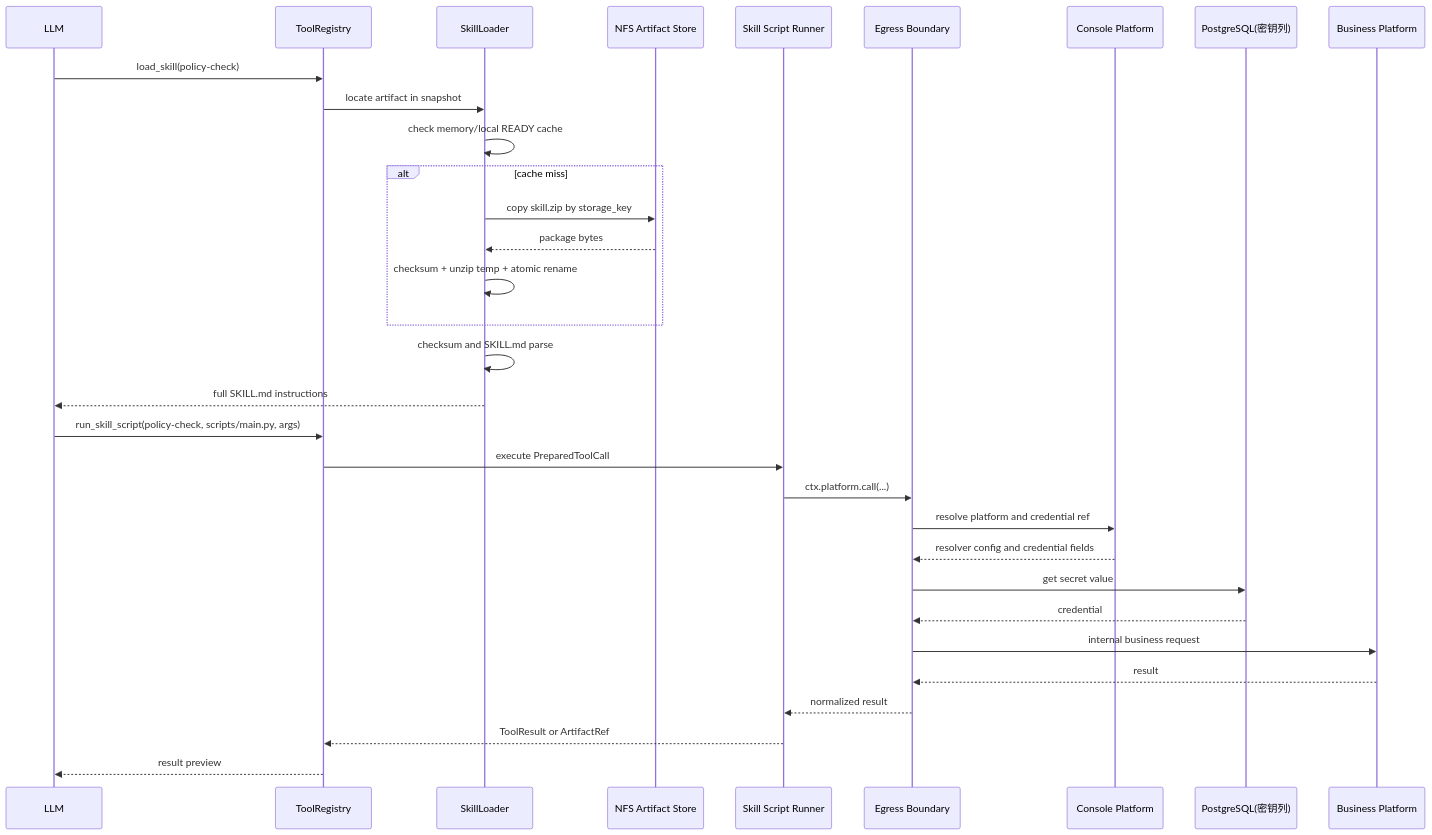
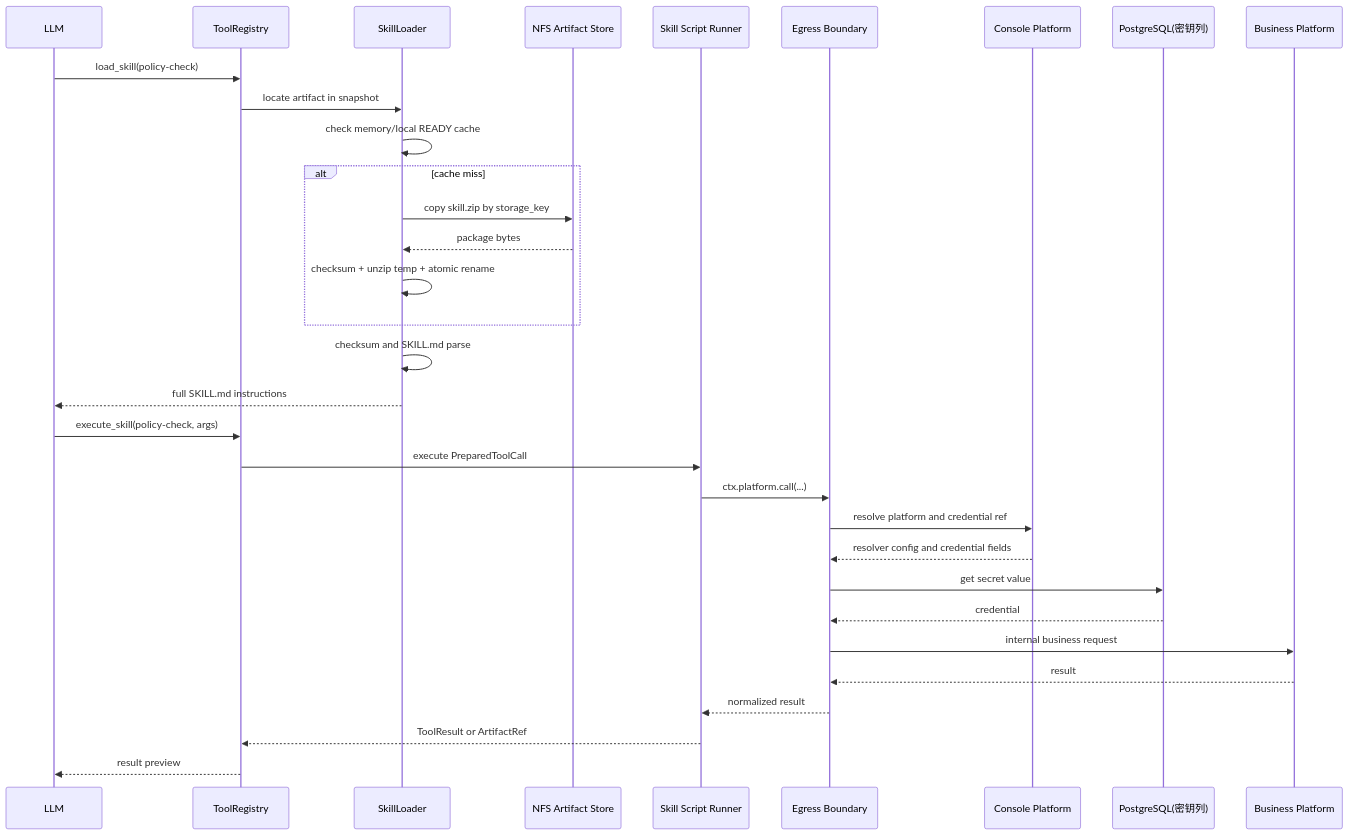
Before and after one commit to Michaelxwb/fluxion-harness: the fourth of 22 diagrams in docs/08-关键流程时序与状态机详细设计.md, drawn with Mermaid. The commit also changed 135 other files, not shown here.

````diff
--- a/docs/08-关键流程时序与状态机详细设计.md
+++ b/docs/08-关键流程时序与状态机详细设计.md
@@ -102,36 +102,36 @@
 ```mermaid
 sequenceDiagram
     participant L as LLM
     participant TR as ToolRegistry
     participant SL as SkillLoader
     participant FS as NFS Artifact Store
     participant SR as Skill Script Runner
     participant EB as Egress Boundary
     participant CP as Console Platform
     participant SP as PostgreSQL(密钥列)
     participant BIZ as Business Platform
 
     L->>TR: load_skill(policy-check)
     TR->>SL: locate artifact in snapshot
     SL->>SL: check memory/local READY cache
     alt cache miss
         SL->>FS: copy skill.zip by storage_key
         FS-->>SL: package bytes
         SL->>SL: checksum + unzip temp + atomic rename
     end
     SL->>SL: checksum and SKILL.md parse
     SL-->>L: full SKILL.md instructions
 
-    L->>TR: run_skill_script(policy-check, scripts/main.py, args)
+    L->>TR: execute_skill(policy-check, args)
     TR->>SR: execute PreparedToolCall
     SR->>EB: ctx.platform.call(...)
     EB->>CP: resolve platform and credential ref
     CP-->>EB: resolver config and credential fields
     EB->>SP: get secret value
     SP-->>EB: credential
     EB->>BIZ: internal business request
     BIZ-->>EB: result
     EB-->>SR: normalized result
     SR-->>TR: ToolResult or ArtifactRef
     TR-->>L: result preview
 ```
````
